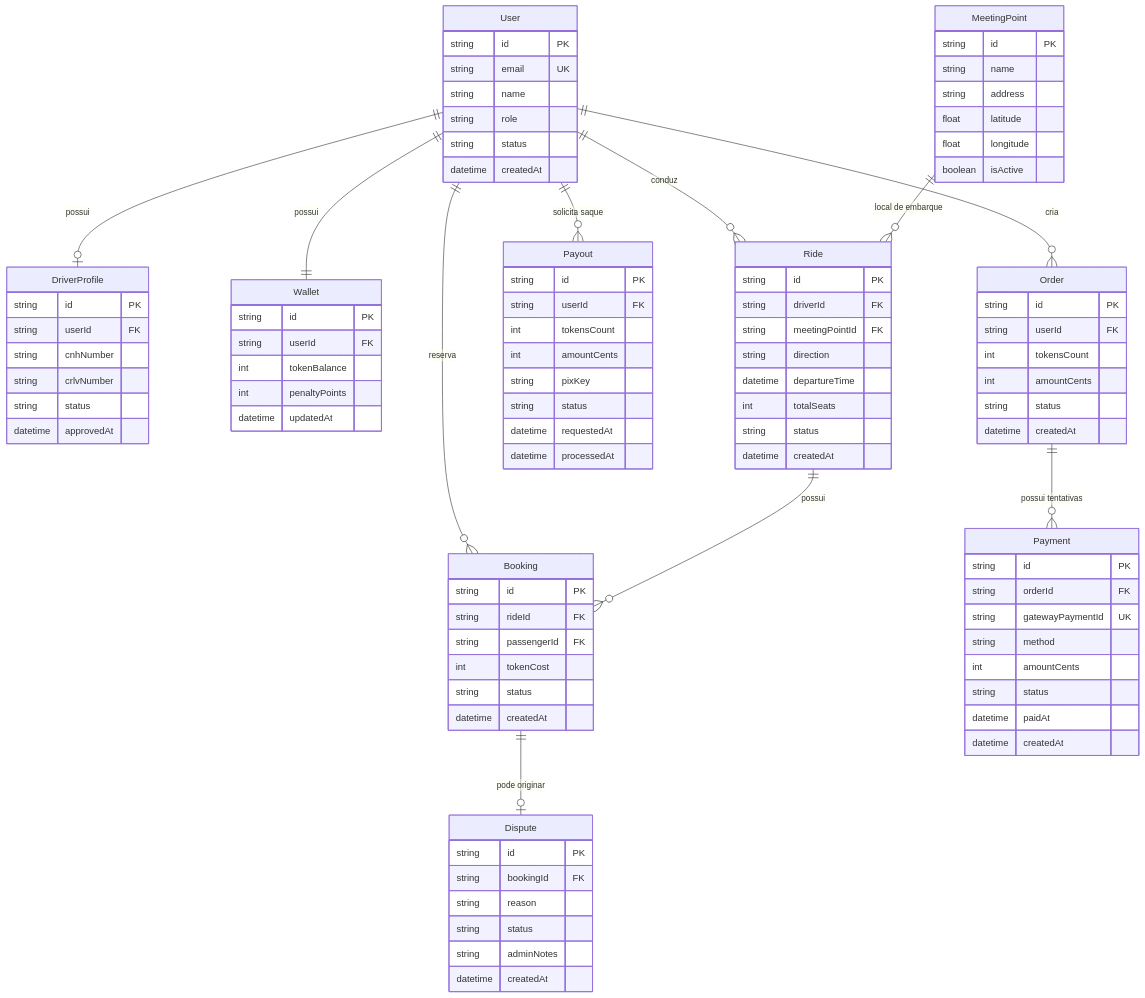
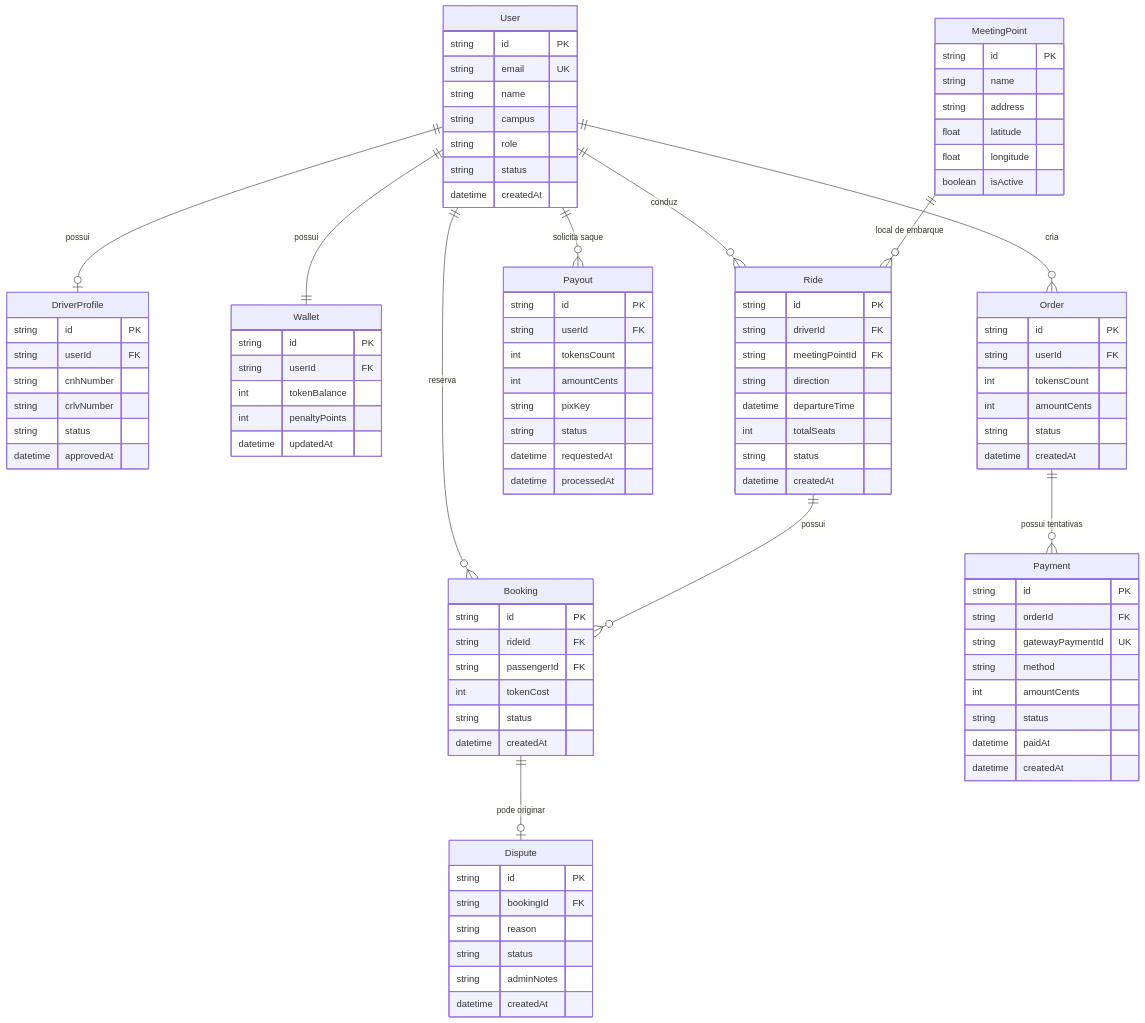
The diagram in docs/architecture.md (giovanacassias/utfgo), drawn with Mermaid before and after one commit. The commit also changed other lines of this file and 22 other files, not shown here.

```diff
--- a/docs/architecture.md
+++ b/docs/architecture.md
@@ -174,6 +174,7 @@
         string id PK
         string email UK
         string name
+        string campus
         string role
         string status
         datetime createdAt
```
